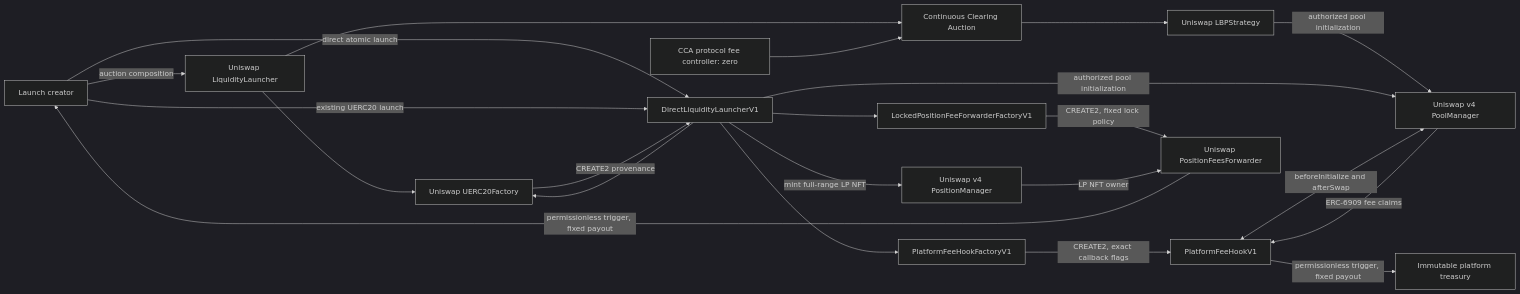
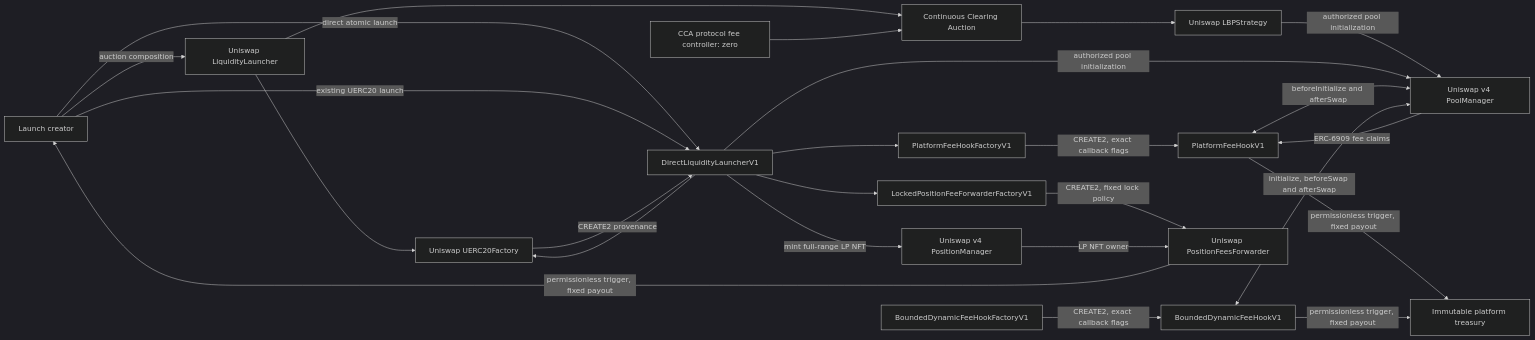
The first of 2 diagrams in contracts/security/diagrams/architecture.md (0xprogrammable/PROGRAMMABLE), drawn with Mermaid (dark theme) before and after one commit. The commit also changed other lines of this file and 32 other files, not shown here.

Commit message:
feat: add bounded dynamic fee auction

````diff
--- a/contracts/security/diagrams/architecture.md
+++ b/contracts/security/diagrams/architecture.md
@@ -3,41 +3,46 @@
 ```mermaid
 flowchart LR
     Creator[Launch creator]
     OfficialLauncher[Uniswap LiquidityLauncher]
     Auction[Continuous Clearing Auction]
     AuctionFeeController[CCA protocol fee controller: zero]
     Strategy[Uniswap LBPStrategy]
     DirectLauncher[DirectLiquidityLauncherV1]
     TokenFactory[Uniswap UERC20Factory]
     HookFactory[PlatformFeeHookFactoryV1]
+    DynamicHookFactory[BoundedDynamicFeeHookFactoryV1]
     PositionFactory[LockedPositionFeeForwarderFactoryV1]
     Hook[PlatformFeeHookV1]
+    DynamicHook[BoundedDynamicFeeHookV1]
     PoolManager[Uniswap v4 PoolManager]
     PositionManager[Uniswap v4 PositionManager]
     Forwarder[Uniswap PositionFeesForwarder]
     Treasury[Immutable platform treasury]
 
     Creator -->|auction composition| OfficialLauncher
     OfficialLauncher --> TokenFactory
     OfficialLauncher --> Auction
     AuctionFeeController --> Auction
     Auction --> Strategy
     Strategy -->|authorized pool initialization| PoolManager
 
     Creator -->|direct atomic launch| DirectLauncher
     DirectLauncher --> TokenFactory
     DirectLauncher --> HookFactory
     DirectLauncher --> PositionFactory
     DirectLauncher -->|authorized pool initialization| PoolManager
     DirectLauncher -->|mint full-range LP NFT| PositionManager
     Creator -->|existing UERC20 launch| DirectLauncher
     TokenFactory -->|CREATE2 provenance| DirectLauncher
 
     HookFactory -->|CREATE2, exact callback flags| Hook
+    DynamicHookFactory -->|CREATE2, exact callback flags| DynamicHook
     PositionFactory -->|CREATE2, fixed lock policy| Forwarder
     PositionManager -->|LP NFT owner| Forwarder
     Hook <-->|beforeInitialize and afterSwap| PoolManager
+    DynamicHook <-->|initialize, beforeSwap and afterSwap| PoolManager
     PoolManager -->|ERC-6909 fee claims| Hook
     Hook -->|permissionless trigger, fixed payout| Treasury
+    DynamicHook -->|permissionless trigger, fixed payout| Treasury
     Forwarder -->|permissionless trigger, fixed payout| Creator
 ```
````
